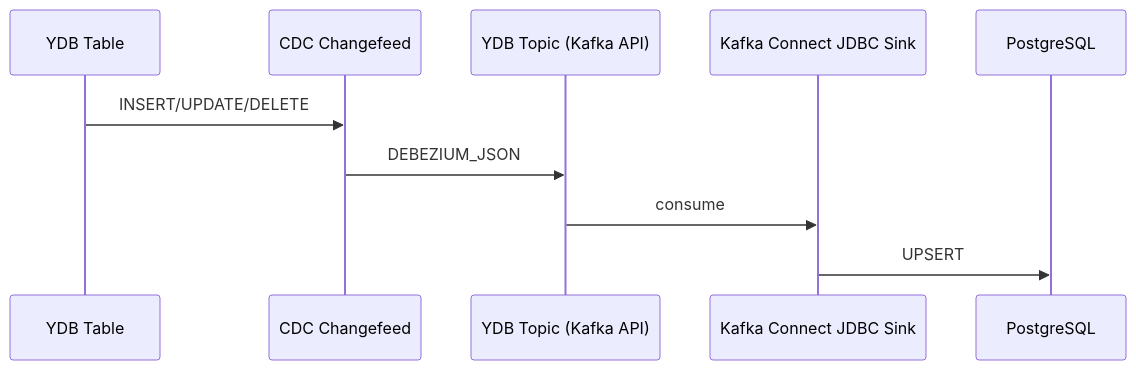
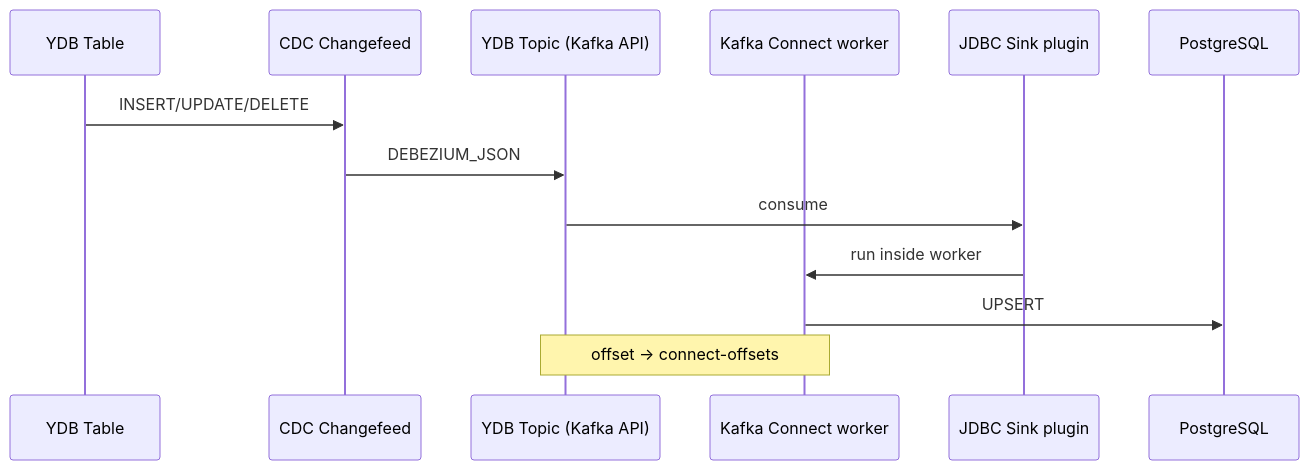
One commit to pavelivanoff/ydb changed the third of 3 diagrams in ydb/docs/ru/core/integrations/data-migration/postgresql-cdc-sync.md. Above: the diagram before and after it, drawn with Mermaid. The commit also changed other lines of this file, not shown here.

First line of the commit message:
docs: уточнить роль Kafka Connect и хранение state в YDB Topics

````diff
--- a/ydb/docs/ru/core/integrations/data-migration/postgresql-cdc-sync.md
+++ b/ydb/docs/ru/core/integrations/data-migration/postgresql-cdc-sync.md
@@ -204,13 +267,16 @@
 ```mermaid
 sequenceDiagram
   participant YDB as YDB Table
   participant CF as CDC Changefeed
   participant Topic as YDB Topic (Kafka API)
-  participant KC as Kafka Connect JDBC Sink
+  participant KC as Kafka Connect worker
+  participant JDBC as JDBC Sink plugin
   participant PG as PostgreSQL
 
   YDB->>CF: INSERT/UPDATE/DELETE
   CF->>Topic: DEBEZIUM_JSON
-  Topic->>KC: consume
+  Topic->>JDBC: consume
+  JDBC->>KC: run inside worker
   KC->>PG: UPSERT
+  Note over KC,Topic: offset → connect-offsets
 ```
````
